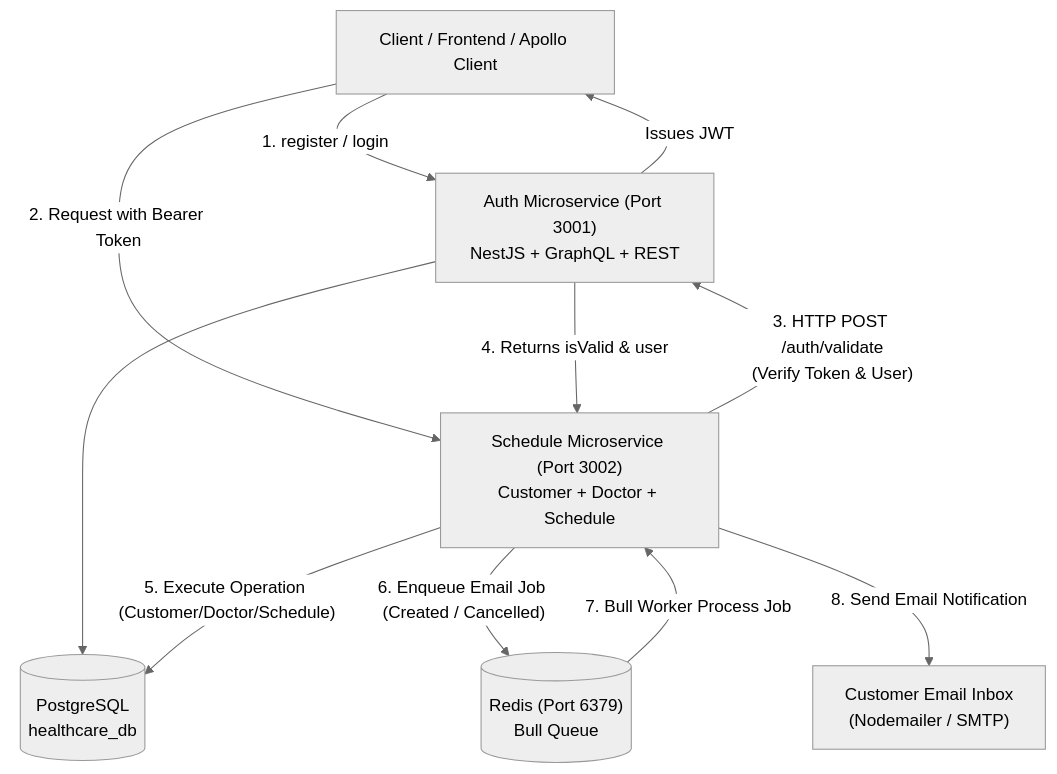
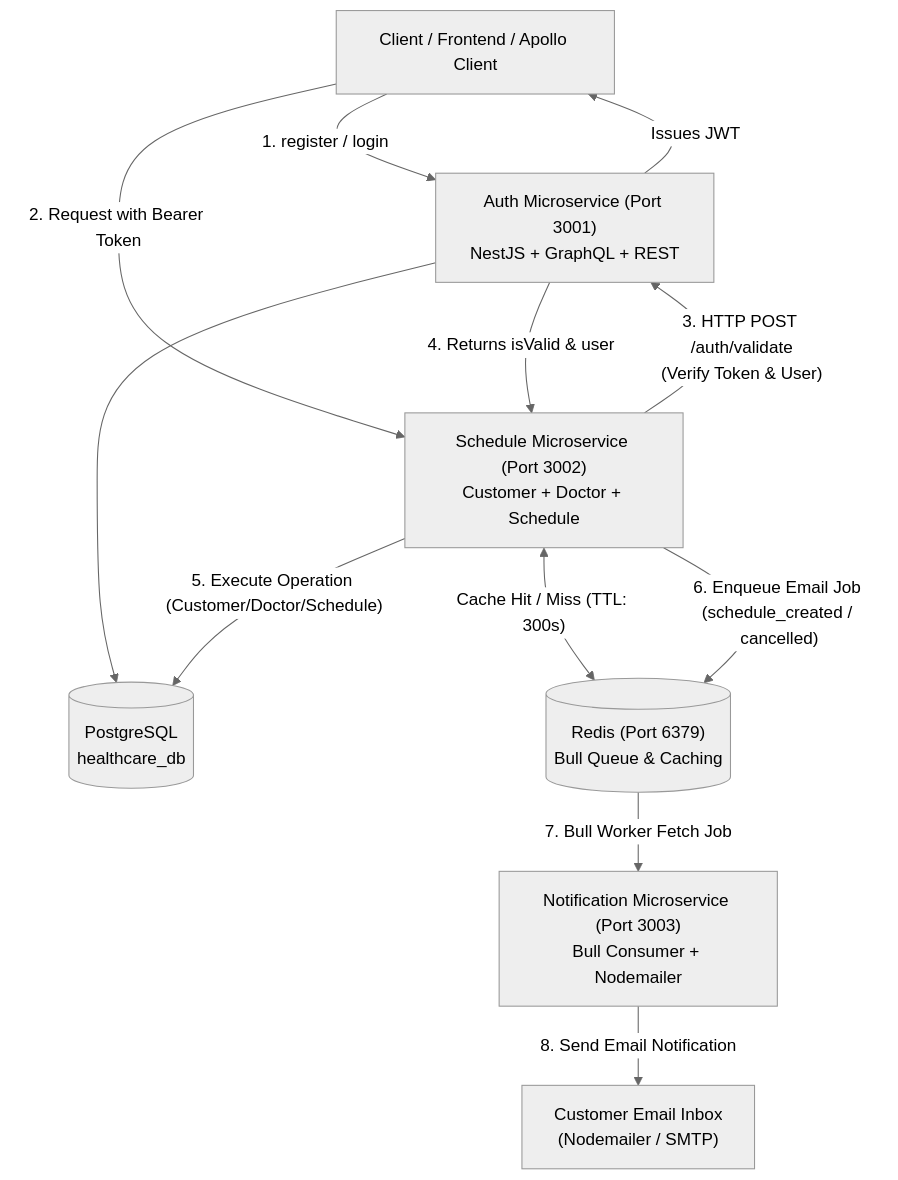
One commit to devfajar/healthcare_scheduling_system changed the diagram in README.md. Above: the diagram before and after it, drawn with Mermaid (neutral theme). The commit also changed other lines of this file and 49 other files, not shown here.

Commit message:
Add: Notification service and implement redis

````diff
--- a/README.md
+++ b/README.md
@@ -13,27 +16,31 @@
 ```mermaid
 flowchart TD
     Client["Client / Frontend / Apollo Client"]
     AuthService["Auth Microservice (Port 3001)\nNestJS + GraphQL + REST"]
     ScheduleService["Schedule Microservice (Port 3002)\nCustomer + Doctor + Schedule"]
+    NotificationService["Notification Microservice (Port 3003)\nBull Consumer + Nodemailer"]
     PostgresDB[("PostgreSQL\nhealthcare_db")]
-    RedisDB[("Redis (Port 6379)\nBull Queue")]
+    RedisQueue[("Redis (Port 6379)\nBull Queue & Caching")]
     CustomerEmail["Customer Email Inbox\n(Nodemailer / SMTP)"]
 
     %% Authentication Flow
     Client -->|"1. register / login"| AuthService
     AuthService -->|"Issues JWT"| Client
     AuthService --> PostgresDB
 
     %% Protected Schedule Service Requests
     Client -->|"2. Request with Bearer Token"| ScheduleService
     ScheduleService -->|"3. HTTP POST /auth/validate\n(Verify Token & User)"| AuthService
     AuthService -- "4. Returns isValid & user" --> ScheduleService
 
+    %% Caching Layer
+    ScheduleService <-->|"Cache Hit / Miss (TTL: 300s)"| RedisQueue
+
     %% Schedule DB Operations
     ScheduleService -->|"5. Execute Operation (Customer/Doctor/Schedule)"| PostgresDB
 
-    %% Queue & Email Notification
-    ScheduleService -->|"6. Enqueue Email Job (Created / Cancelled)"| RedisDB
-    RedisDB -->|"7. Bull Worker Process Job"| ScheduleService
-    ScheduleService -->|"8. Send Email Notification"| CustomerEmail
+    %% Queue & Asynchronous Email Notification
+    ScheduleService -->|"6. Enqueue Email Job (schedule_created / cancelled)"| RedisQueue
+    RedisQueue -->|"7. Bull Worker Fetch Job"| NotificationService
+    NotificationService -->|"8. Send Email Notification"| CustomerEmail
 ```
````
